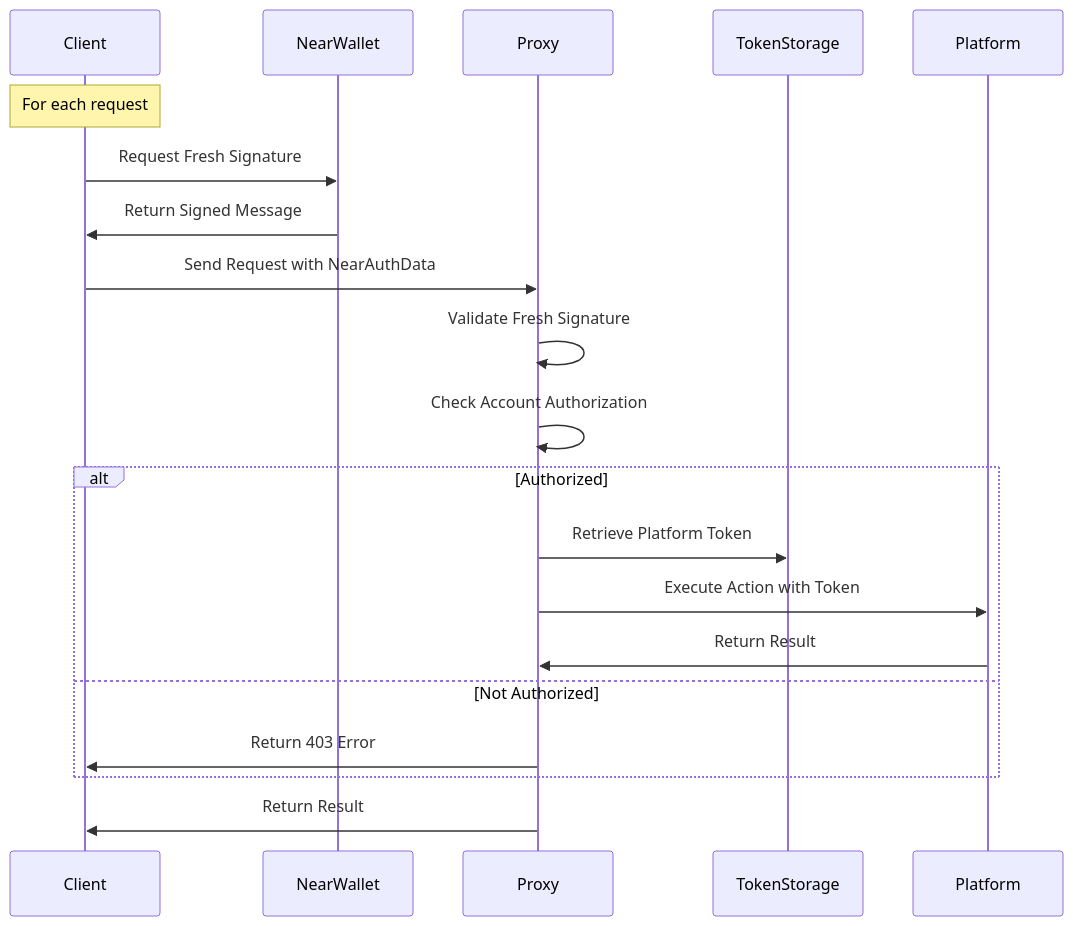
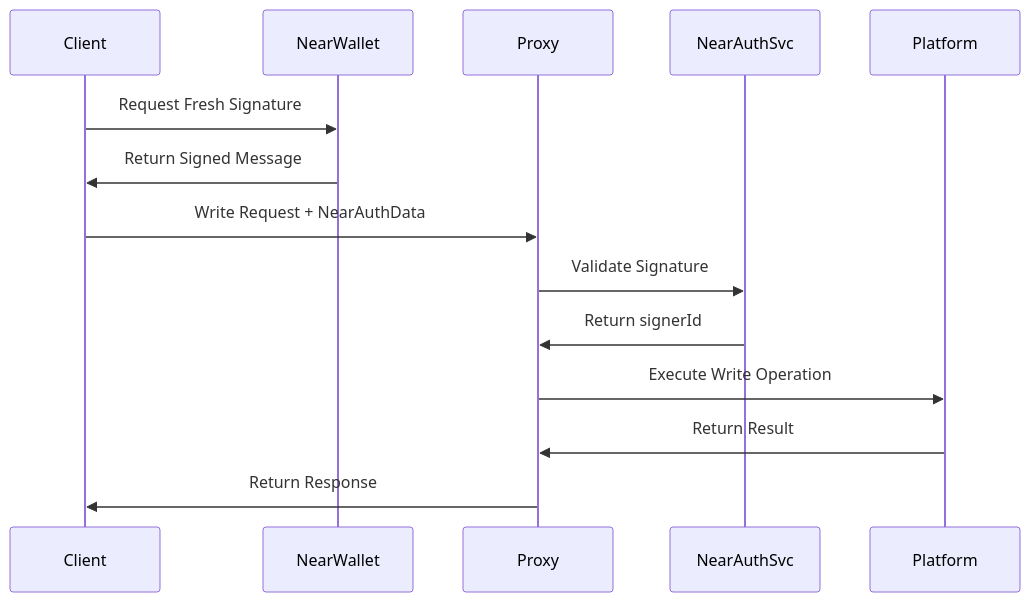
The fourth of 7 diagrams in memory-bank/systemPatterns.md (open-crosspost/open-crosspost-proxy-service), drawn with Mermaid before and after one commit. The commit also changed other lines of this file and 22 other files, not shown here.

Commit message:
setNearAccount, enhance sdk with response types

````diff
--- a/memory-bank/systemPatterns.md
+++ b/memory-bank/systemPatterns.md
@@ -49,23 +81,17 @@
 ```mermaid
 sequenceDiagram
     participant Client
     participant NearWallet
     participant Proxy
-    participant TokenStorage
+    participant NearAuthSvc
     participant Platform
     
-    Note over Client: For each request
     Client->>NearWallet: Request Fresh Signature
     NearWallet->>Client: Return Signed Message
-    Client->>Proxy: Send Request with NearAuthData
-    Proxy->>Proxy: Validate Fresh Signature
-    Proxy->>Proxy: Check Account Authorization
-    alt Authorized
-      Proxy->>TokenStorage: Retrieve Platform Token
-      Proxy->>Platform: Execute Action with Token
-      Platform->>Proxy: Return Result
-    else Not Authorized
-      Proxy->>Client: Return 403 Error
-    end
-    Proxy->>Client: Return Result
+    Client->>Proxy: Write Request + NearAuthData
+    Proxy->>NearAuthSvc: Validate Signature
+    NearAuthSvc->>Proxy: Return signerId
+    Proxy->>Platform: Execute Write Operation
+    Platform->>Proxy: Return Result
+    Proxy->>Client: Return Response
 ```
````
